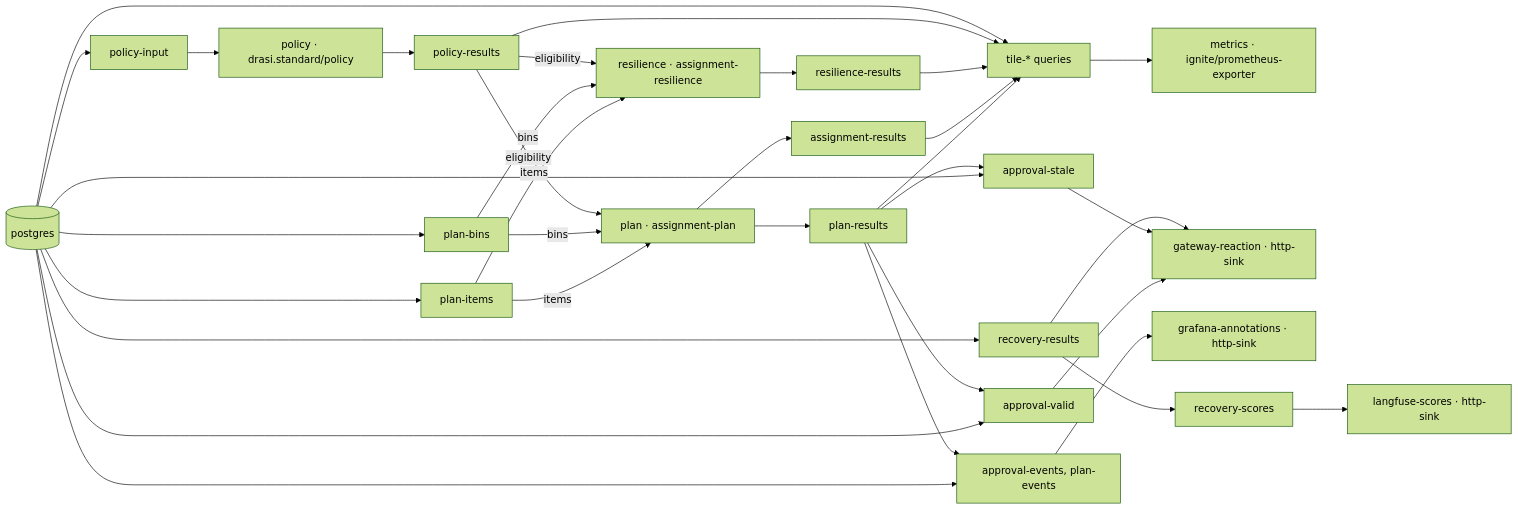
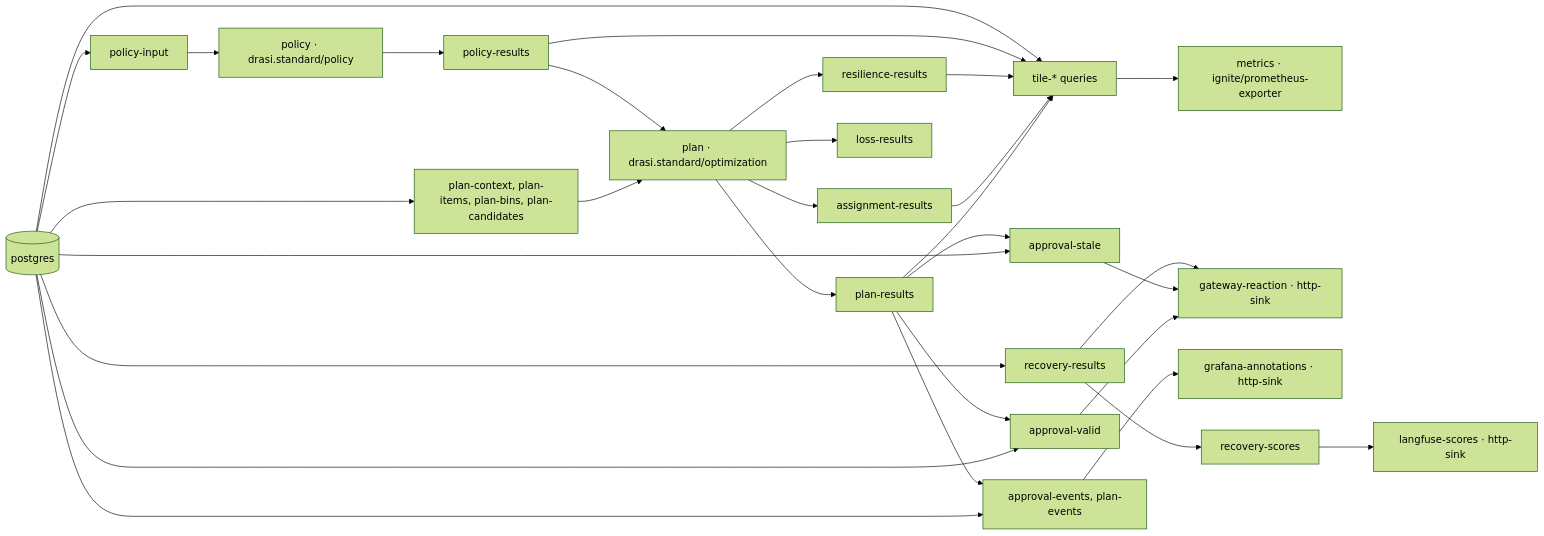
The diagram in presentations/2026-11-19_Ignite/plan/contracts.md (drasi-project/community), drawn with Mermaid (forest theme) before and after one commit. The commit also changed other lines of this file and 4 other files, not shown here.

````diff
--- a/presentations/2026-11-19_Ignite/plan/contracts.md
+++ b/presentations/2026-11-19_Ignite/plan/contracts.md
@@ -133,16 +133,14 @@
 ```mermaid
 flowchart LR
-  PG[(postgres)] --> PIN[policy-input] & PI[plan-items] & PB[plan-bins]
+  PG[(postgres)] --> PIN[policy-input] & PC[plan-context, plan-items, plan-bins, plan-candidates]
   PIN --> P[policy · drasi.standard/policy]
   P --> PR[policy-results]
-  PI -->|items| A[plan · assignment-plan] & R[resilience · assignment-resilience]
-  PB -->|bins| A & R
-  PR -->|eligibility| A & R
-  A --> PLR[plan-results] & AR[assignment-results]
-  R --> RR[resilience-results]
+  PC --> A[plan · drasi.standard/optimization]
+  PR --> A
+  A --> PLR[plan-results] & AR[assignment-results] & RR[resilience-results] & LR[loss-results]
   PLR & AR & RR & PR & PG --> T[tile-* queries] --> X[metrics · ignite/prometheus-exporter]
   PG & PLR --> AV[approval-valid] & AS[approval-stale] --> GW[gateway-reaction · http-sink]
   PG --> RV[recovery-results] --> GW
   PG & PLR --> EV[approval-events, plan-events] --> GA[grafana-annotations · http-sink]
   RV --> SC[recovery-scores] --> LS[langfuse-scores · http-sink]
 ```
````
